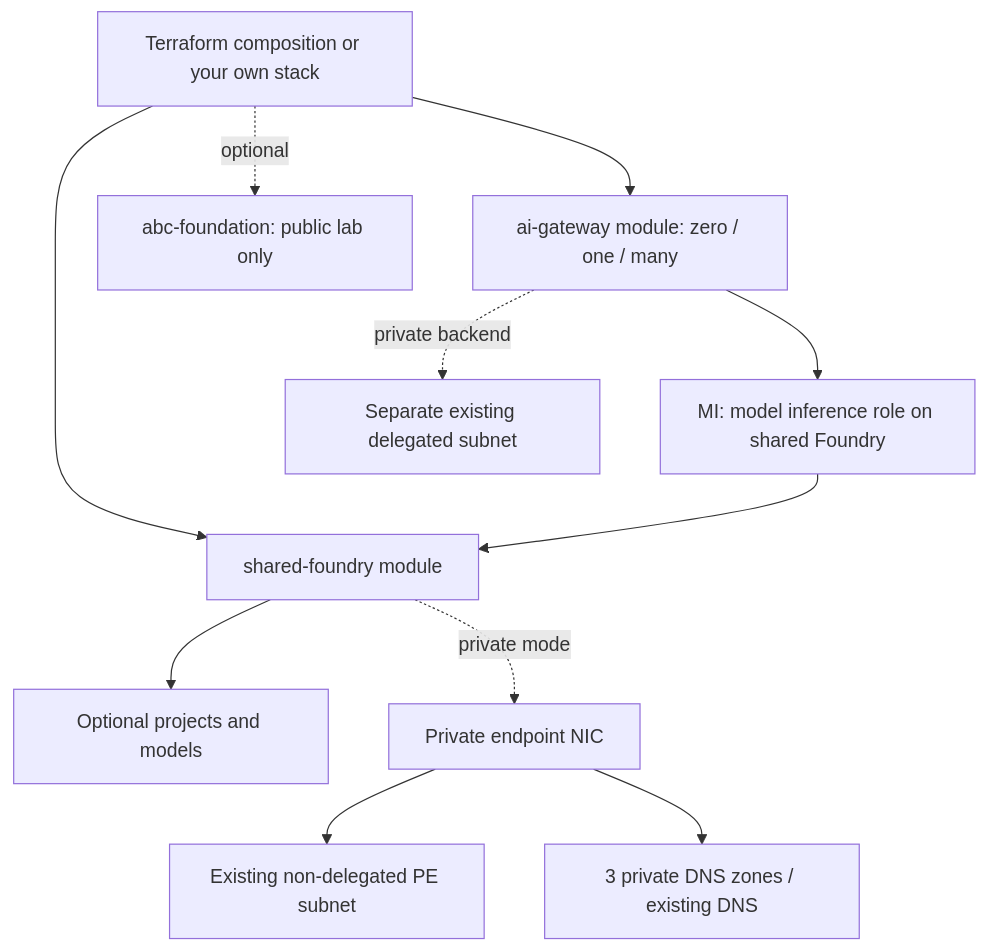
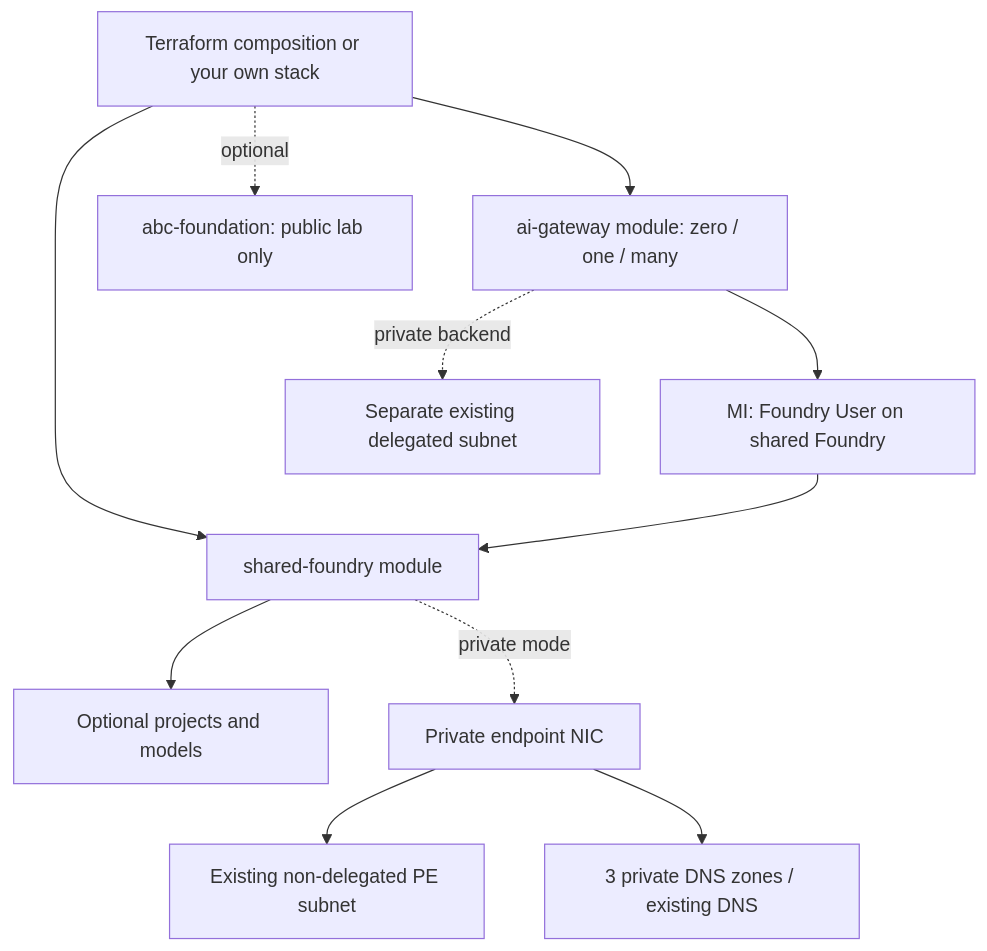
One commit to yelghali/foundry-agents-toolbox-ai-gateway changed the diagram in terraform/README.md. Above: the diagram before and after it, drawn with Mermaid. The commit also changed other lines of this file and 8 other files, not shown here.

````diff
--- a/terraform/README.md
+++ b/terraform/README.md
@@ -26,14 +26,14 @@
 ```mermaid
 flowchart TB
     C["Terraform composition or your own stack"]
     C --> F["shared-foundry module"]
     C --> G["ai-gateway module: zero / one / many"]
     C -. optional .-> A["abc-foundation: public lab only"]
-    G --> R["MI: model inference role on shared Foundry"]
+    G --> R["MI: Foundry User on shared Foundry"]
     R --> F
     F --> P["Optional projects and models"]
     F -. private mode .-> PE["Private endpoint NIC"]
     PE --> S["Existing non-delegated PE subnet"]
     PE --> D["3 private DNS zones / existing DNS"]
     G -. private backend .-> B["Separate existing delegated subnet"]
 ```
````
